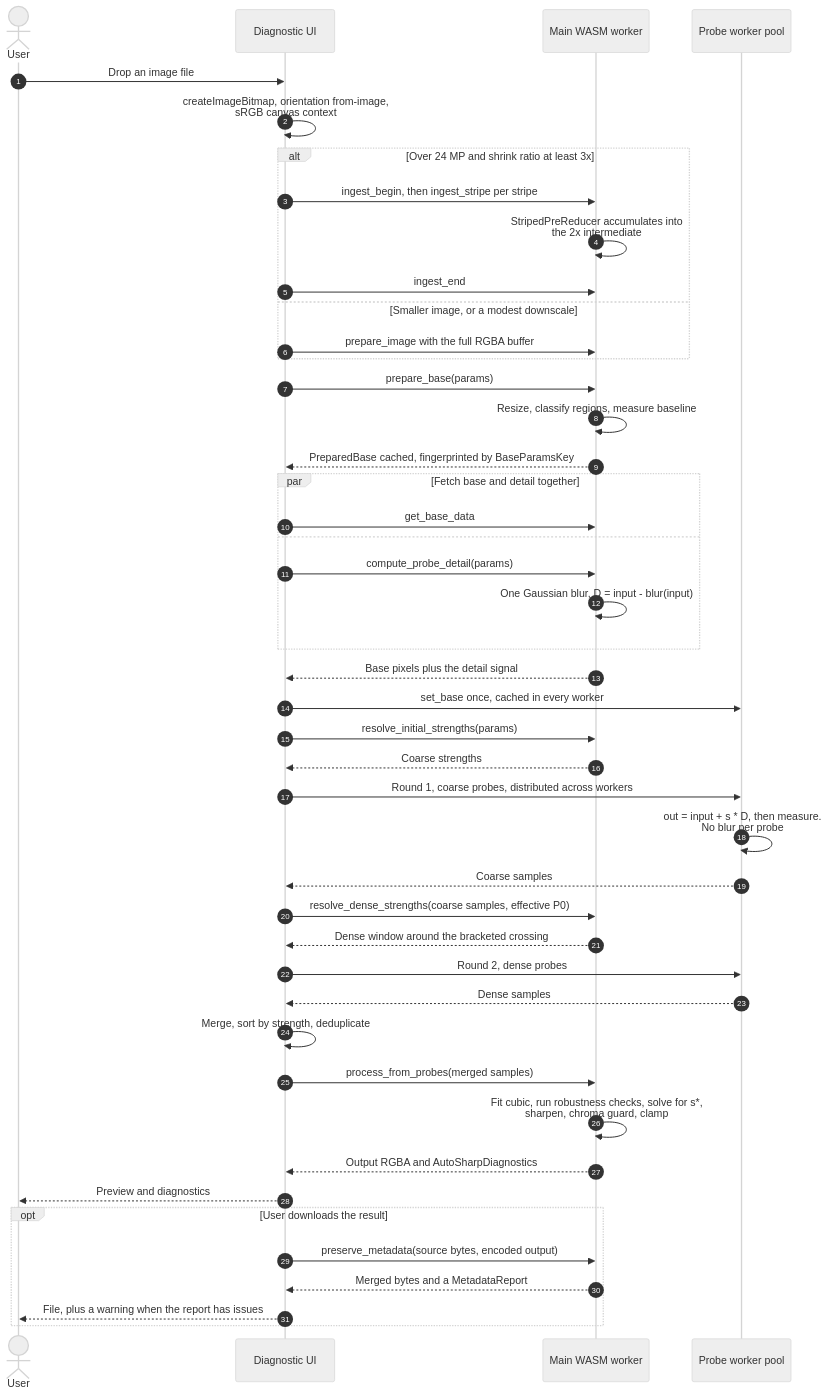
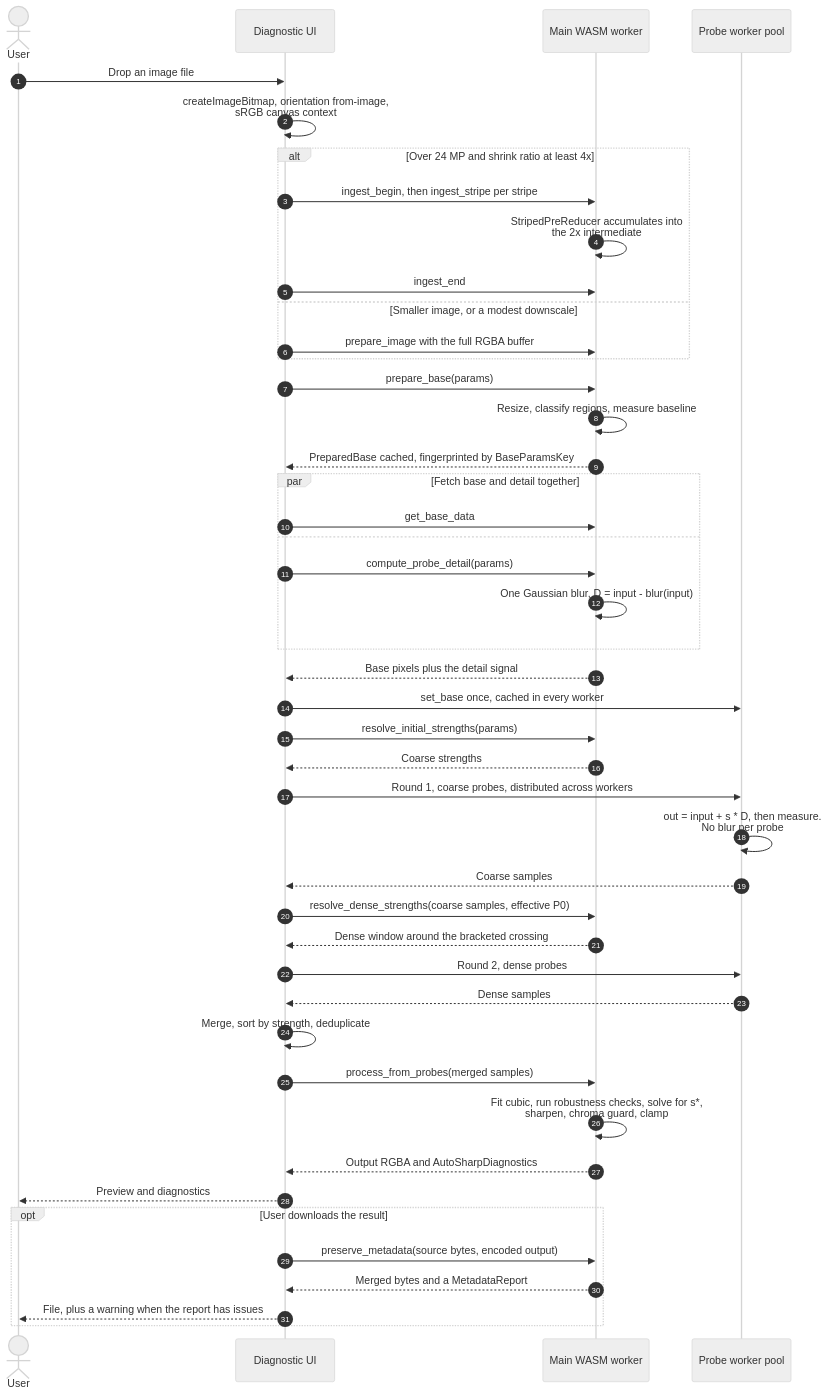
One commit to alvytsk/r3sizer changed the fourth of 5 diagrams in docs/architecture.md. Above: the diagram before and after it, drawn with Mermaid (neutral theme). The commit also changed 12 other files, not shown here.

````diff
--- a/docs/architecture.md
+++ b/docs/architecture.md
@@ -164,57 +164,57 @@
 ```mermaid
 sequenceDiagram
     autonumber
     actor User
     participant UI as Diagnostic UI
     participant MW as Main WASM worker
     participant Pool as Probe worker pool
 
     User->>UI: Drop an image file
     UI->>UI: createImageBitmap, orientation from-image,<br/>sRGB canvas context
 
-    alt Over 24 MP and shrink ratio at least 3x
+    alt Over 24 MP and shrink ratio at least 4x
         UI->>MW: ingest_begin, then ingest_stripe per stripe
         MW->>MW: StripedPreReducer accumulates into<br/>the 2x intermediate
         UI->>MW: ingest_end
     else Smaller image, or a modest downscale
         UI->>MW: prepare_image with the full RGBA buffer
     end
 
     UI->>MW: prepare_base(params)
     MW->>MW: Resize, classify regions, measure baseline
     MW-->>UI: PreparedBase cached, fingerprinted by BaseParamsKey
 
     par Fetch base and detail together
         UI->>MW: get_base_data
         and
         UI->>MW: compute_probe_detail(params)
         MW->>MW: One Gaussian blur, D = input - blur(input)
     end
     MW-->>UI: Base pixels plus the detail signal
 
     UI->>Pool: set_base once, cached in every worker
     UI->>MW: resolve_initial_strengths(params)
     MW-->>UI: Coarse strengths
 
     UI->>Pool: Round 1, coarse probes, distributed across workers
     Pool->>Pool: out = input + s * D, then measure.<br/>No blur per probe
     Pool-->>UI: Coarse samples
 
     UI->>MW: resolve_dense_strengths(coarse samples, effective P0)
     MW-->>UI: Dense window around the bracketed crossing
 
     UI->>Pool: Round 2, dense probes
     Pool-->>UI: Dense samples
     UI->>UI: Merge, sort by strength, deduplicate
 
     UI->>MW: process_from_probes(merged samples)
     MW->>MW: Fit cubic, run robustness checks, solve for s*,<br/>sharpen, chroma guard, clamp
     MW-->>UI: Output RGBA and AutoSharpDiagnostics
     UI-->>User: Preview and diagnostics
 
     opt User downloads the result
         UI->>MW: preserve_metadata(source bytes, encoded output)
         MW-->>UI: Merged bytes and a MetadataReport
         UI-->>User: File, plus a warning when the report has issues
     end
 ```
````
